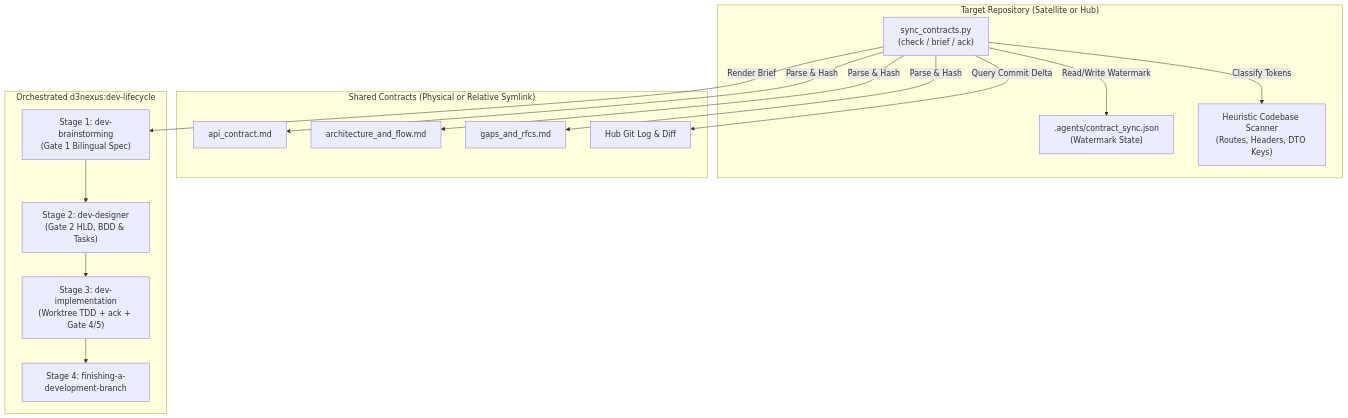
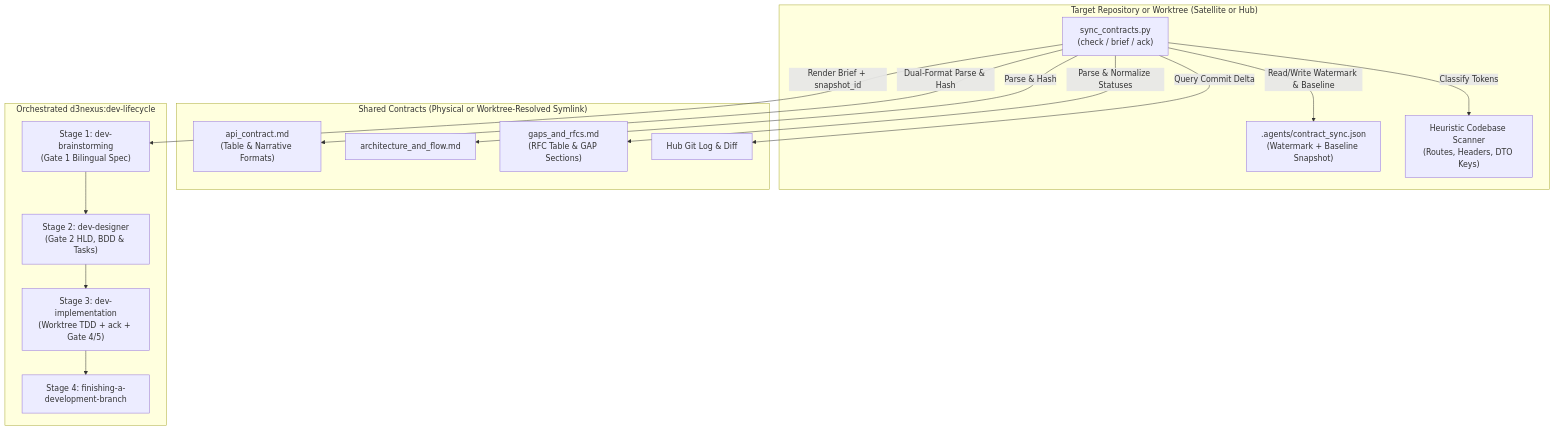
One commit to DanhDue/ai-agent-tools changed the first of 3 diagrams in .devtool/epic/sync_shared_contracts/sync_shared_contracts.en.md. Above: the diagram before and after it, drawn with Mermaid. The commit also changed other lines of this file and 13 other files, not shown here.

First line of the commit message:
[SYNC_SHARED_CONTRACTS] Revise epic after Principal Review round 1

````diff
--- a/.devtool/epic/sync_shared_contracts/sync_shared_contracts.en.md
+++ b/.devtool/epic/sync_shared_contracts/sync_shared_contracts.en.md
@@ -58,31 +61,31 @@
 ```mermaid
 flowchart TD
-    subgraph TARGET ["Target Repository (Satellite or Hub)"]
+    subgraph TARGET ["Target Repository or Worktree (Satellite or Hub)"]
         CLI["sync_contracts.py<br/>(check / brief / ack)"]
-        STATE[".agents/contract_sync.json<br/>(Watermark State)"]
+        STATE[".agents/contract_sync.json<br/>(Watermark + Baseline Snapshot)"]
         SCAN["Heuristic Codebase Scanner<br/>(Routes, Headers, DTO Keys)"]
     end
 
-    subgraph CONTRACT ["Shared Contracts (Physical or Relative Symlink)"]
-        C_API["api_contract.md"]
+    subgraph CONTRACT ["Shared Contracts (Physical or Worktree-Resolved Symlink)"]
+        C_API["api_contract.md<br/>(Table & Narrative Formats)"]
         C_ARCH["architecture_and_flow.md"]
-        C_RFC["gaps_and_rfcs.md"]
+        C_RFC["gaps_and_rfcs.md<br/>(RFC Table & GAP Sections)"]
         H_GIT["Hub Git Log & Diff"]
     end
 
     subgraph LIFECYCLE ["Orchestrated d3nexus:dev-lifecycle"]
         L_S1["Stage 1: dev-brainstorming<br/>(Gate 1 Bilingual Spec)"]
         L_S2["Stage 2: dev-designer<br/>(Gate 2 HLD, BDD & Tasks)"]
         L_S3["Stage 3: dev-implementation<br/>(Worktree TDD + ack + Gate 4/5)"]
         L_S4["Stage 4: finishing-a-development-branch"]
     end
 
-    CLI -->|"Read/Write Watermark"| STATE
-    CLI -->|"Parse & Hash"| C_API
+    CLI -->|"Read/Write Watermark & Baseline"| STATE
+    CLI -->|"Dual-Format Parse & Hash"| C_API
     CLI -->|"Parse & Hash"| C_ARCH
-    CLI -->|"Parse & Hash"| C_RFC
+    CLI -->|"Parse & Normalize Statuses"| C_RFC
     CLI -->|"Query Commit Delta"| H_GIT
     CLI -->|"Classify Tokens"| SCAN
-    CLI -->|"Render Brief"| L_S1
+    CLI -->|"Render Brief + snapshot_id"| L_S1
     L_S1 --> L_S2 --> L_S3 --> L_S4
 ```
````
